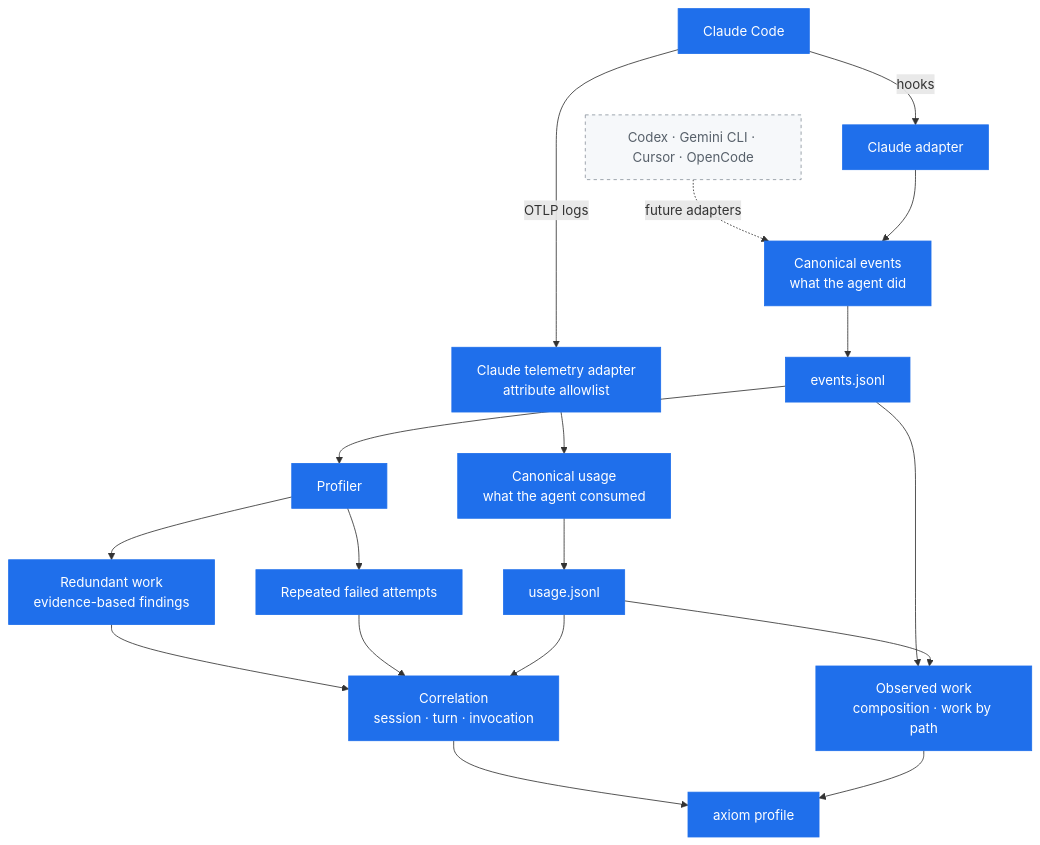
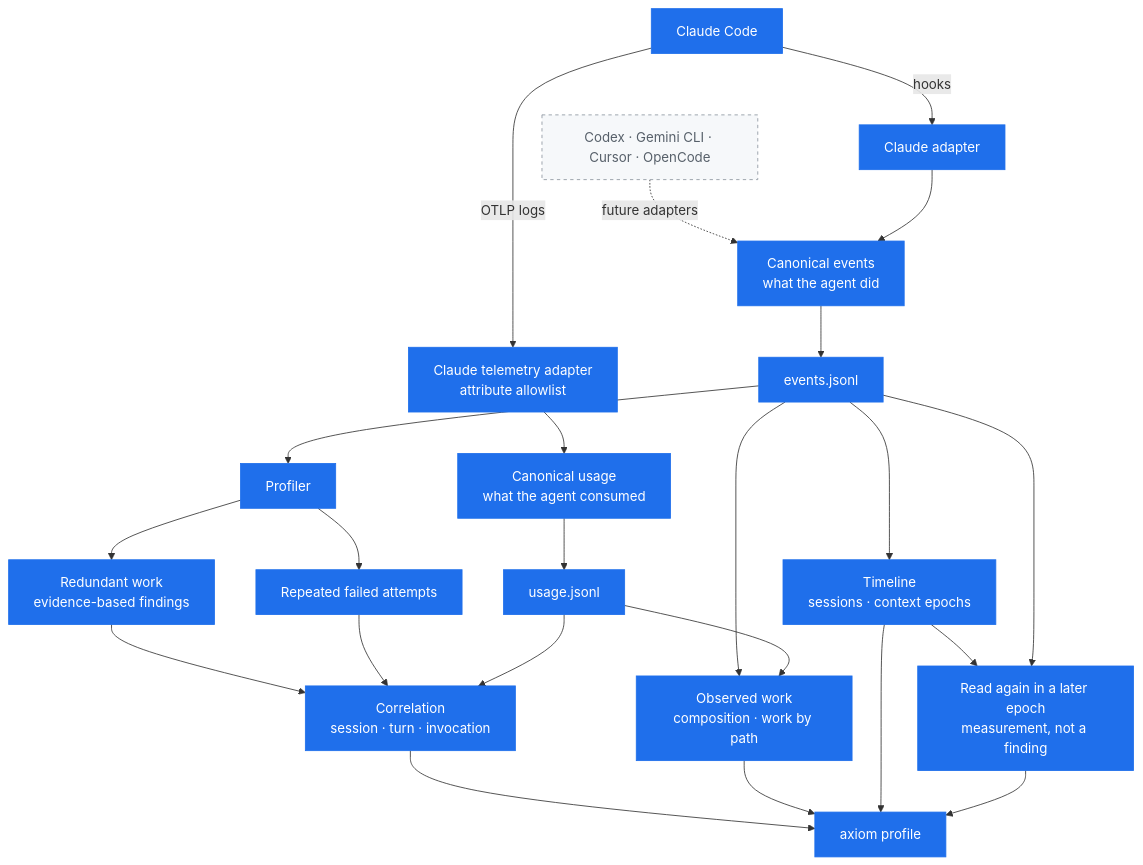
Before and after one commit to exequieldeferrari/axiom: the first of 2 diagrams in README.md, drawn with Mermaid. The commit also changed other lines of this file and 9 other files, not shown here.

Commit message:
feat: analyze reads across context epochs

````diff
--- a/README.md
+++ b/README.md
@@ -86,27 +91,32 @@
 ```mermaid
 flowchart TD
     Claude["Claude Code"] -->|hooks| Adapter["Claude adapter"]
     Claude -->|OTLP logs| Telemetry["Claude telemetry adapter<br/>attribute allowlist"]
     Future["Codex · Gemini CLI · Cursor · OpenCode"] -.->|future adapters| Events
 
     Adapter --> Events["Canonical events<br/>what the agent did"]
     Telemetry --> Usage["Canonical usage<br/>what the agent consumed"]
     Events --> EventLog["events.jsonl"]
     Usage --> UsageLog["usage.jsonl"]
 
+    EventLog --> Timeline["Timeline<br/>sessions · context epochs"]
+    Timeline --> Reacquire["Read again in a later epoch<br/>measurement, not a finding"]
+    EventLog --> Reacquire
     EventLog --> Activity["Observed work<br/>composition · work by path"]
     EventLog --> Profiler["Profiler"]
     Profiler --> Redundant["Redundant work<br/>evidence-based findings"]
     Profiler --> Failures["Repeated failed attempts"]
     Redundant --> Correlate["Correlation<br/>session · turn · invocation"]
     Failures --> Correlate
     UsageLog --> Correlate
     Correlate --> CLI["axiom profile"]
     Activity --> CLI
+    Timeline --> CLI
+    Reacquire --> CLI
     UsageLog --> Activity
 
     classDef built fill:#1f6feb,stroke:#1f6feb,color:#ffffff
     classDef planned fill:#f6f8fa,stroke:#8b949e,color:#57606a,stroke-dasharray:4 4
-    class Claude,Adapter,Telemetry,Events,Usage,EventLog,UsageLog,Activity,Profiler,Redundant,Failures,Correlate,CLI built
+    class Claude,Adapter,Telemetry,Events,Usage,EventLog,UsageLog,Timeline,Reacquire,Activity,Profiler,Redundant,Failures,Correlate,CLI built
     class Future planned
 ```
````
